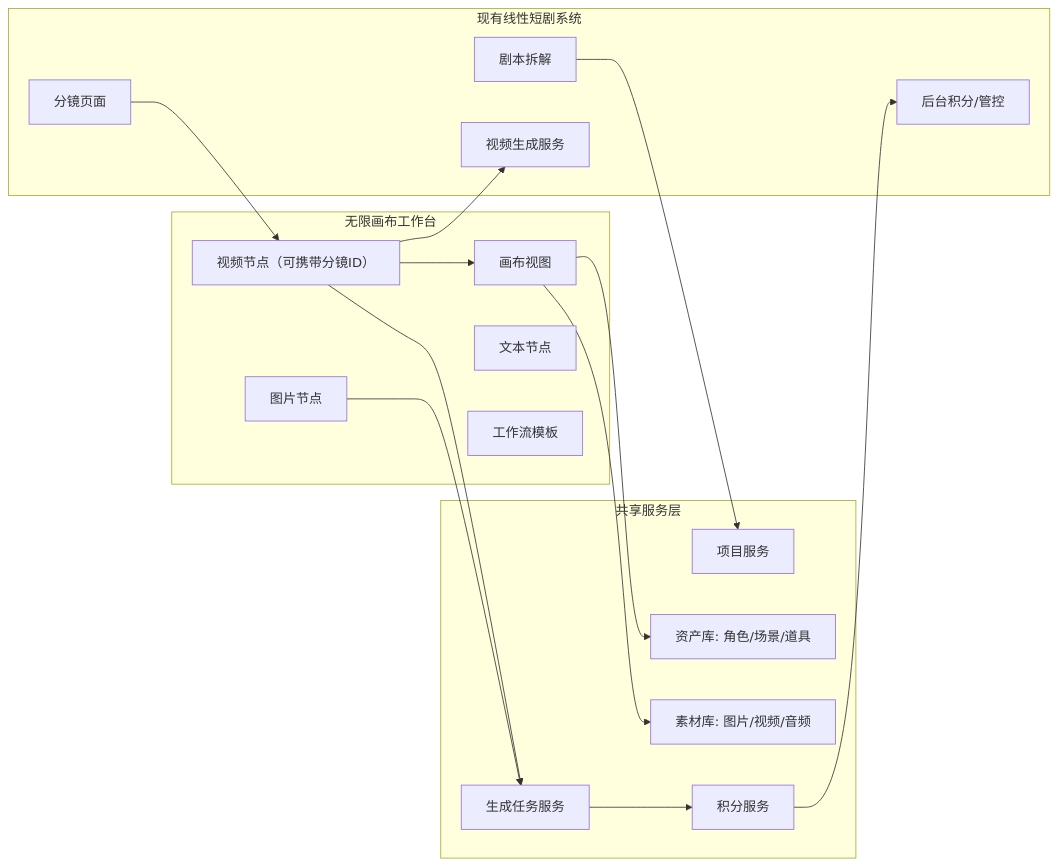
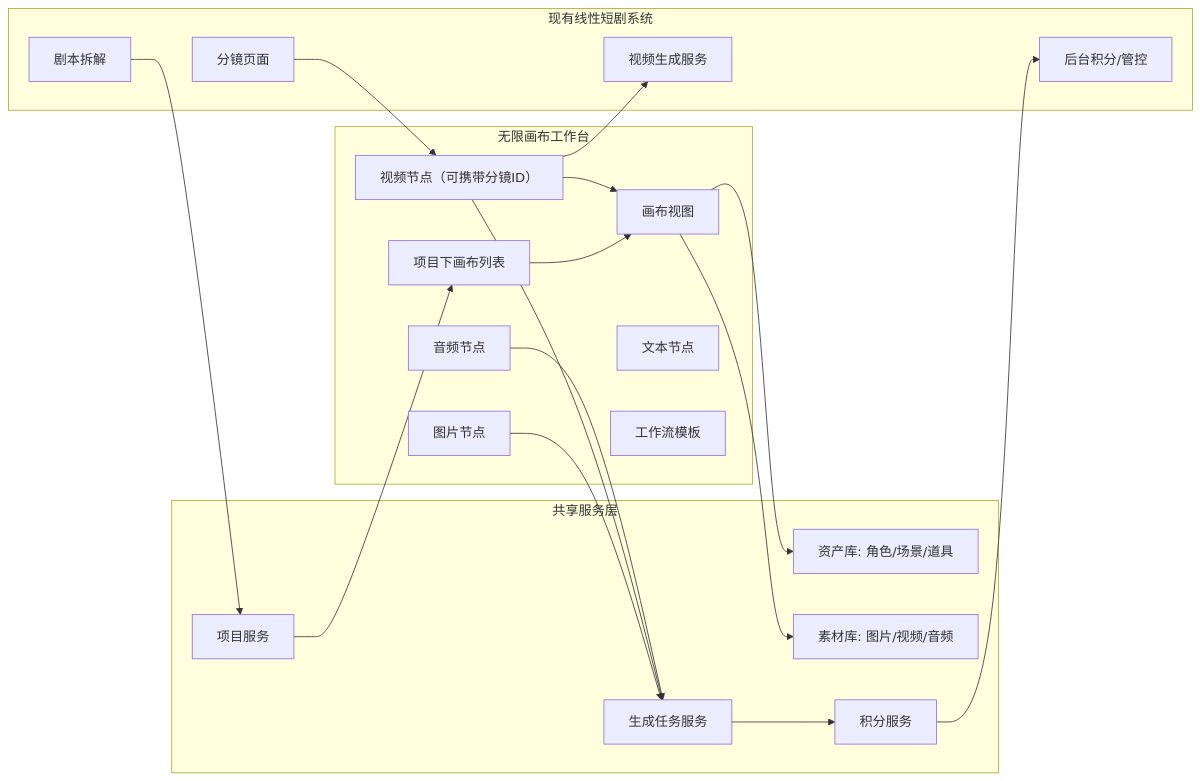
The second of 2 diagrams in docs/KC无限画布创作工作台-PRD-v0.1.md (ducnhungvo4-cpu/KC-), drawn with Mermaid before and after one commit. The commit also changed other lines of this file and 9 other files, not shown here.

Commit message:
Add project sub-canvases and audio node docs

````diff
--- a/docs/KC无限画布创作工作台-PRD-v0.1.md
+++ b/docs/KC无限画布创作工作台-PRD-v0.1.md
@@ -149,36 +153,41 @@
 ```mermaid
 flowchart LR
   subgraph Existing["现有线性短剧系统"]
     Script["剧本拆解"]
     ShotPage["分镜页面"]
     VideoService["视频生成服务"]
     Admin["后台积分/管控"]
   end
 
   subgraph Shared["共享服务层"]
     Project["项目服务"]
     Asset["资产库: 角色/场景/道具"]
     Material["素材库: 图片/视频/音频"]
     Credit["积分服务"]
     Task["生成任务服务"]
   end
 
   subgraph Canvas["无限画布工作台"]
+    CanvasList["项目下画布列表"]
     CanvasView["画布视图"]
     ImageNode["图片节点"]
     VideoNode["视频节点（可携带分镜ID）"]
     TextNode["文本节点"]
+    AudioNode["音频节点"]
     Workflow["工作流模板"]
   end
 
   Script --> Project
+  Project --> CanvasList
+  CanvasList --> CanvasView
   ShotPage --> VideoNode
   VideoNode --> CanvasView
   CanvasView --> Asset
   CanvasView --> Material
   VideoNode --> VideoService
   ImageNode --> Task
   VideoNode --> Task
+  AudioNode --> Task
   Task --> Credit
   Credit --> Admin
 ```
````
